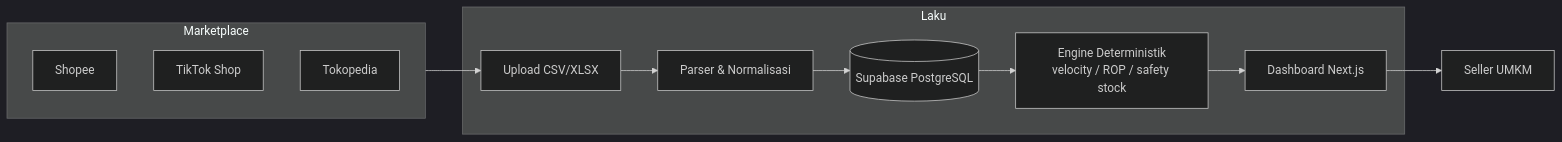
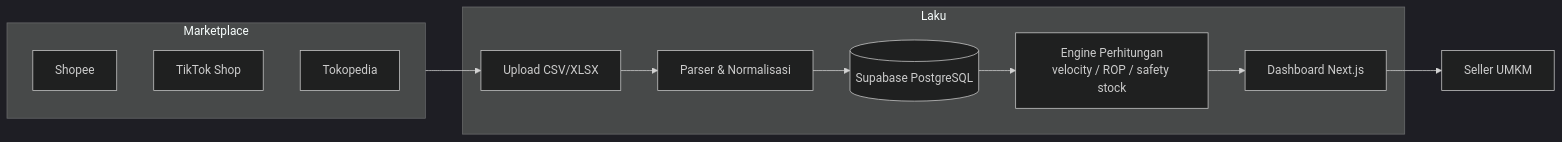
One commit to MuaraAI/laku changed the diagram in README.md. Above: the diagram before and after it, drawn with Mermaid (dark theme). The commit also changed other lines of this file, not shown here.

````diff
--- a/README.md
+++ b/README.md
@@ -43,16 +67,16 @@
 ```mermaid
 flowchart LR
     subgraph MKT["Marketplace"]
         SH["Shopee"]
         TK["TikTok Shop"]
         TP["Tokopedia"]
     end
     subgraph LAKU["Laku"]
         UP["Upload CSV/XLSX"] --> PS["Parser & Normalisasi"]
         PS --> DB[("Supabase PostgreSQL")]
-        DB --> EN["Engine Deterministik<br/>velocity / ROP / safety stock"]
+        DB --> EN["Engine Perhitungan<br/>velocity / ROP / safety stock"]
         EN --> DW["Dashboard Next.js"]
     end
     MKT --> UP
     DW --> SL["Seller UMKM"]
 ```
````
